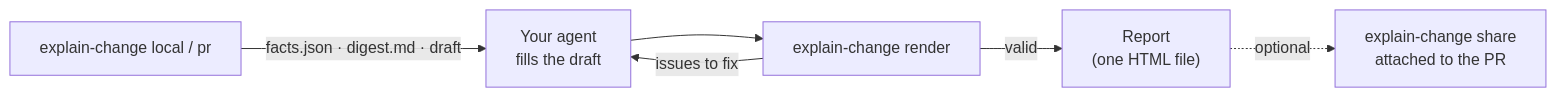
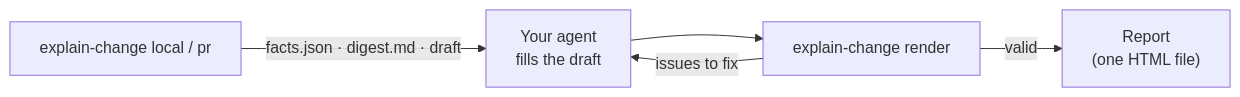
Before and after one commit to denjamio/explain-change: the diagram in README.md, drawn with Mermaid. The commit also changed other lines of this file and 64 other files, not shown here.

````diff
--- a/README.md
+++ b/README.md
@@ -97,8 +97,7 @@
 ```mermaid
 flowchart LR
   A["explain-change local / pr"] -->|facts.json · digest.md · draft| B["Your agent<br/>fills the draft"]
   B --> C["explain-change render"]
   C -->|issues to fix| B
   C -->|valid| D["Report<br/>(one HTML file)"]
-  D -.->|optional| E["explain-change share<br/>attached to the PR"]
 ```
````
